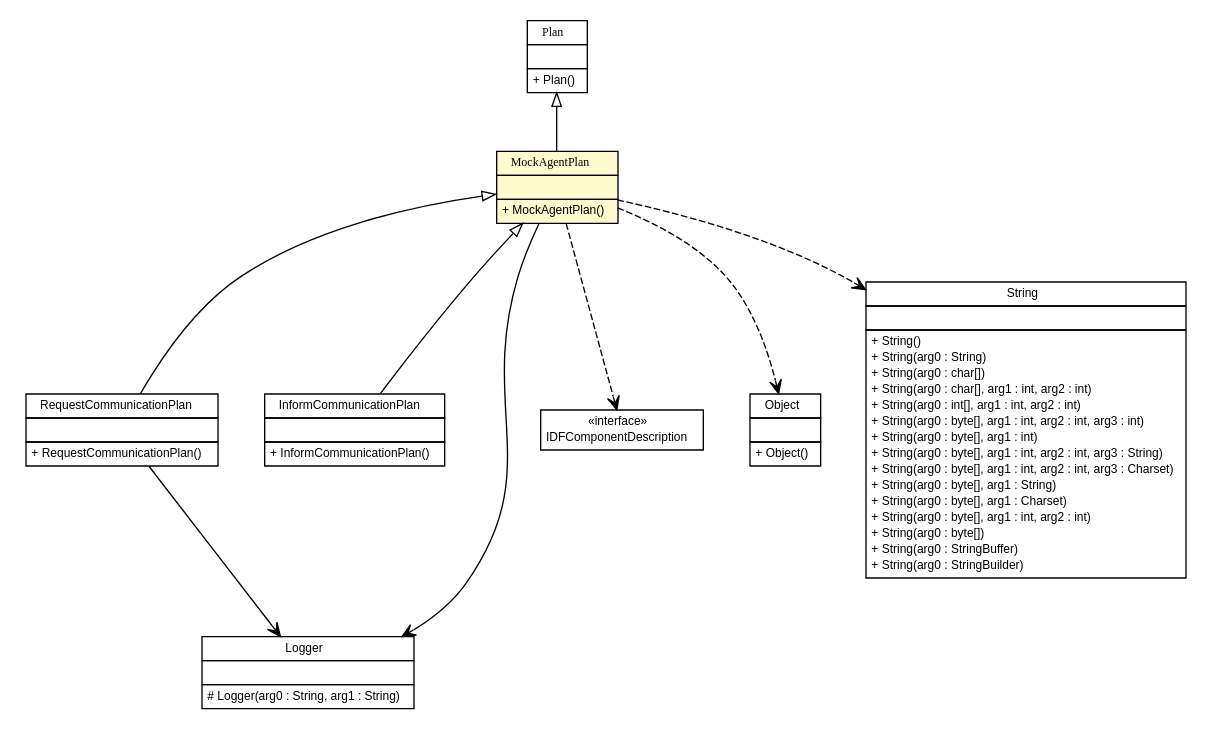
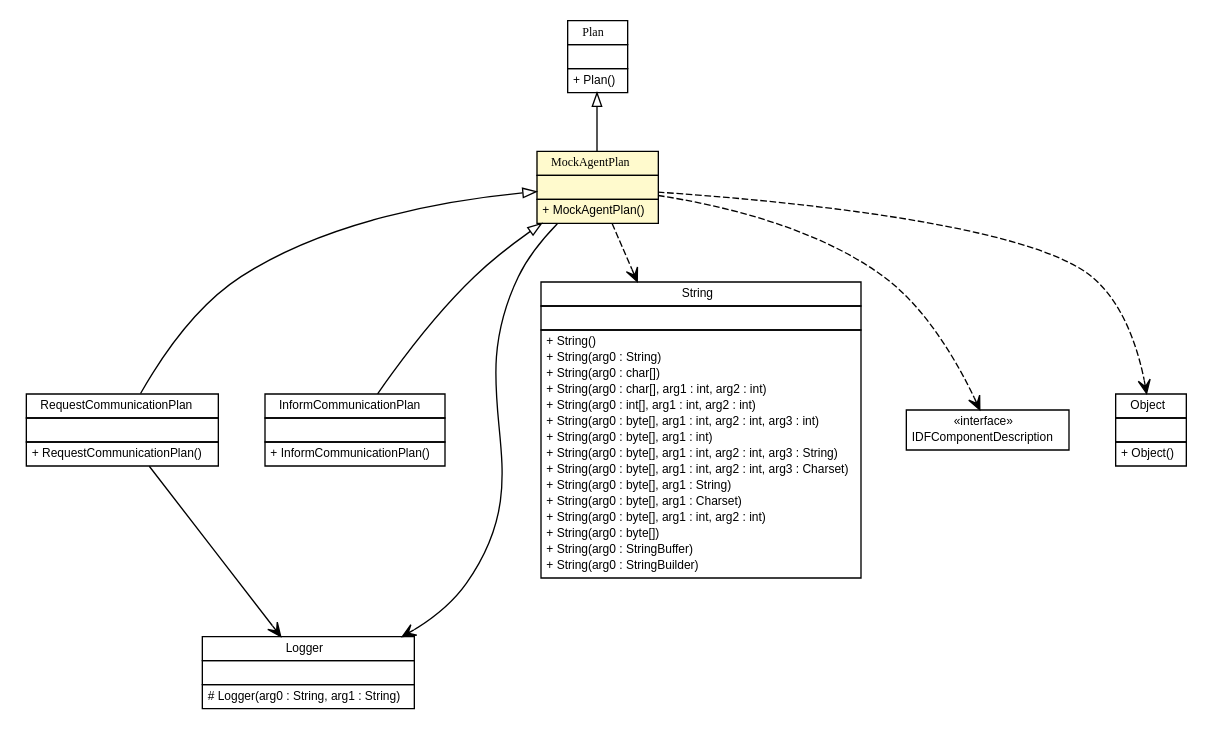
Before and after one commit to gsi-upm/BeastTool: the diagram in apidocs/es/upm/dit/gsi/beast/mock/jadex/common/MockAgentPlan.dot, drawn with Graphviz. The commit also changed 480 other files, not shown here.

```diff
--- a/apidocs/es/upm/dit/gsi/beast/mock/jadex/common/MockAgentPlan.dot
+++ b/apidocs/es/upm/dit/gsi/beast/mock/jadex/common/MockAgentPlan.dot
@@ -1,133 +1,133 @@
 #!/usr/local/bin/dot
 #
 # Class diagram 
 # Generated by UMLGraph version 5.1 (http://www.umlgraph.org/)
 #
 
 digraph G {
 	edge [fontname="arial",fontsize=10,labelfontname="arial",labelfontsize=10];
 	node [fontname="arial",fontsize=10,shape=plaintext];
 	nodesep=0.25;
 	ranksep=0.5;
 	// es.upm.dit.gsi.beast.mock.jadex.bridgeMock.RequestCommunicationPlan
-	c1261 [label=<<table title="es.upm.dit.gsi.beast.mock.jadex.bridgeMock.RequestCommunicationPlan" border="0" cellborder="1" cellspacing="0" cellpadding="2" port="p" href="../bridgeMock/RequestCommunicationPlan.html">
+	c1371 [label=<<table title="es.upm.dit.gsi.beast.mock.jadex.bridgeMock.RequestCommunicationPlan" border="0" cellborder="1" cellspacing="0" cellpadding="2" port="p" href="../bridgeMock/RequestCommunicationPlan.html">
 		<tr><td><table border="0" cellspacing="0" cellpadding="1">
 <tr><td align="center" balign="center"> RequestCommunicationPlan </td></tr>
 		</table></td></tr>
 		<tr><td><table border="0" cellspacing="0" cellpadding="1">
 <tr><td align="left" balign="left">  </td></tr>
 		</table></td></tr>
 		<tr><td><table border="0" cellspacing="0" cellpadding="1">
 <tr><td align="left" balign="left"> + RequestCommunicationPlan() </td></tr>
 		</table></td></tr>
 		</table>>, fontname="arial", fontcolor="black", fontsize=9.0];
 	// es.upm.dit.gsi.beast.mock.jadex.bridgeMock.InformCommunicationPlan
-	c1262 [label=<<table title="es.upm.dit.gsi.beast.mock.jadex.bridgeMock.InformCommunicationPlan" border="0" cellborder="1" cellspacing="0" cellpadding="2" port="p" href="../bridgeMock/InformCommunicationPlan.html">
+	c1372 [label=<<table title="es.upm.dit.gsi.beast.mock.jadex.bridgeMock.InformCommunicationPlan" border="0" cellborder="1" cellspacing="0" cellpadding="2" port="p" href="../bridgeMock/InformCommunicationPlan.html">
 		<tr><td><table border="0" cellspacing="0" cellpadding="1">
 <tr><td align="center" balign="center"> InformCommunicationPlan </td></tr>
 		</table></td></tr>
 		<tr><td><table border="0" cellspacing="0" cellpadding="1">
 <tr><td align="left" balign="left">  </td></tr>
 		</table></td></tr>
 		<tr><td><table border="0" cellspacing="0" cellpadding="1">
 <tr><td align="left" balign="left"> + InformCommunicationPlan() </td></tr>
 		</table></td></tr>
 		</table>>, fontname="arial", fontcolor="black", fontsize=9.0];
 	// es.upm.dit.gsi.beast.mock.jadex.common.MockAgentPlan
-	c1264 [label=<<table title="es.upm.dit.gsi.beast.mock.jadex.common.MockAgentPlan" border="0" cellborder="1" cellspacing="0" cellpadding="2" port="p" bgcolor="lemonChiffon" href="./MockAgentPlan.html">
+	c1374 [label=<<table title="es.upm.dit.gsi.beast.mock.jadex.common.MockAgentPlan" border="0" cellborder="1" cellspacing="0" cellpadding="2" port="p" bgcolor="lemonChiffon" href="./MockAgentPlan.html">
 		<tr><td><table border="0" cellspacing="0" cellpadding="1">
 <tr><td align="center" balign="center"><font face="ariali"> MockAgentPlan </font></td></tr>
 		</table></td></tr>
 		<tr><td><table border="0" cellspacing="0" cellpadding="1">
 <tr><td align="left" balign="left">  </td></tr>
 		</table></td></tr>
 		<tr><td><table border="0" cellspacing="0" cellpadding="1">
 <tr><td align="left" balign="left"> + MockAgentPlan() </td></tr>
 		</table></td></tr>
 		</table>>, fontname="arial", fontcolor="black", fontsize=9.0];
 	//es.upm.dit.gsi.beast.mock.jadex.bridgeMock.RequestCommunicationPlan extends es.upm.dit.gsi.beast.mock.jadex.common.MockAgentPlan
-	c1264:p -> c1261:p [dir=back,arrowtail=empty];
+	c1374:p -> c1371:p [dir=back,arrowtail=empty];
 	//es.upm.dit.gsi.beast.mock.jadex.bridgeMock.InformCommunicationPlan extends es.upm.dit.gsi.beast.mock.jadex.common.MockAgentPlan
-	c1264:p -> c1262:p [dir=back,arrowtail=empty];
+	c1374:p -> c1372:p [dir=back,arrowtail=empty];
 	//es.upm.dit.gsi.beast.mock.jadex.common.MockAgentPlan extends jadex.bdi.runtime.Plan
-	c1290:p -> c1264:p [dir=back,arrowtail=empty];
+	c1400:p -> c1374:p [dir=back,arrowtail=empty];
 	// es.upm.dit.gsi.beast.mock.jadex.bridgeMock.RequestCommunicationPlan NAVASSOC java.util.logging.Logger
-	c1261:p -> c1291:p [taillabel="", label="", headlabel="", fontname="arial", fontcolor="black", fontsize=10.0, color="black", arrowhead=open];
+	c1371:p -> c1401:p [taillabel="", label="", headlabel="", fontname="arial", fontcolor="black", fontsize=10.0, color="black", arrowhead=open];
 	// es.upm.dit.gsi.beast.mock.jadex.common.MockAgentPlan NAVASSOC java.util.logging.Logger
-	c1264:p -> c1291:p [taillabel="", label="", headlabel="", fontname="arial", fontcolor="black", fontsize=10.0, color="black", arrowhead=open];
+	c1374:p -> c1401:p [taillabel="", label="", headlabel="", fontname="arial", fontcolor="black", fontsize=10.0, color="black", arrowhead=open];
+	// es.upm.dit.gsi.beast.mock.jadex.common.MockAgentPlan DEPEND java.lang.String
+	c1374:p -> c1402:p [taillabel="", label="", headlabel="", fontname="arial", fontcolor="black", fontsize=10.0, color="black", arrowhead=open, style=dashed];
 	// es.upm.dit.gsi.beast.mock.jadex.common.MockAgentPlan DEPEND jadex.base.fipa.IDFComponentDescription
-	c1264:p -> c1292:p [taillabel="", label="", headlabel="", fontname="arial", fontcolor="black", fontsize=10.0, color="black", arrowhead=open, style=dashed];
+	c1374:p -> c1403:p [taillabel="", label="", headlabel="", fontname="arial", fontcolor="black", fontsize=10.0, color="black", arrowhead=open, style=dashed];
 	// es.upm.dit.gsi.beast.mock.jadex.common.MockAgentPlan DEPEND java.lang.Object
-	c1264:p -> c1293:p [taillabel="", label="", headlabel="", fontname="arial", fontcolor="black", fontsize=10.0, color="black", arrowhead=open, style=dashed];
-	// es.upm.dit.gsi.beast.mock.jadex.common.MockAgentPlan DEPEND java.lang.String
-	c1264:p -> c1294:p [taillabel="", label="", headlabel="", fontname="arial", fontcolor="black", fontsize=10.0, color="black", arrowhead=open, style=dashed];
+	c1374:p -> c1404:p [taillabel="", label="", headlabel="", fontname="arial", fontcolor="black", fontsize=10.0, color="black", arrowhead=open, style=dashed];
 	// java.lang.Object
-	c1293 [label=<<table title="java.lang.Object" border="0" cellborder="1" cellspacing="0" cellpadding="2" port="p" href="http://java.sun.com/j2se/1.4.2/docs/api/java/lang/Object.html">
+	c1404 [label=<<table title="java.lang.Object" border="0" cellborder="1" cellspacing="0" cellpadding="2" port="p" href="http://java.sun.com/j2se/1.4.2/docs/api/java/lang/Object.html">
 		<tr><td><table border="0" cellspacing="0" cellpadding="1">
 <tr><td align="center" balign="center"> Object </td></tr>
 		</table></td></tr>
 		<tr><td><table border="0" cellspacing="0" cellpadding="1">
 <tr><td align="left" balign="left">  </td></tr>
 		</table></td></tr>
 		<tr><td><table border="0" cellspacing="0" cellpadding="1">
 <tr><td align="left" balign="left"> + Object() </td></tr>
 		</table></td></tr>
 		</table>>, fontname="arial", fontcolor="black", fontsize=9.0];
 	// jadex.base.fipa.IDFComponentDescription
-	c1292 [label=<<table title="jadex.base.fipa.IDFComponentDescription" border="0" cellborder="1" cellspacing="0" cellpadding="2" port="p" href="http://java.sun.com/j2se/1.4.2/docs/api/jadex/base/fipa/IDFComponentDescription.html">
+	c1403 [label=<<table title="jadex.base.fipa.IDFComponentDescription" border="0" cellborder="1" cellspacing="0" cellpadding="2" port="p" href="http://java.sun.com/j2se/1.4.2/docs/api/jadex/base/fipa/IDFComponentDescription.html">
 		<tr><td><table border="0" cellspacing="0" cellpadding="1">
 <tr><td align="center" balign="center"> &#171;interface&#187; </td></tr>
 <tr><td align="center" balign="center"> IDFComponentDescription </td></tr>
 		</table></td></tr>
 		</table>>, fontname="arial", fontcolor="black", fontsize=9.0];
 	// java.lang.String
-	c1294 [label=<<table title="java.lang.String" border="0" cellborder="1" cellspacing="0" cellpadding="2" port="p" href="http://java.sun.com/j2se/1.4.2/docs/api/java/lang/String.html">
+	c1402 [label=<<table title="java.lang.String" border="0" cellborder="1" cellspacing="0" cellpadding="2" port="p" href="http://java.sun.com/j2se/1.4.2/docs/api/java/lang/String.html">
 		<tr><td><table border="0" cellspacing="0" cellpadding="1">
 <tr><td align="center" balign="center"> String </td></tr>
 		</table></td></tr>
 		<tr><td><table border="0" cellspacing="0" cellpadding="1">
 <tr><td align="left" balign="left">  </td></tr>
 		</table></td></tr>
 		<tr><td><table border="0" cellspacing="0" cellpadding="1">
 <tr><td align="left" balign="left"> + String() </td></tr>
 <tr><td align="left" balign="left"> + String(arg0 : String) </td></tr>
 <tr><td align="left" balign="left"> + String(arg0 : char[]) </td></tr>
 <tr><td align="left" balign="left"> + String(arg0 : char[], arg1 : int, arg2 : int) </td></tr>
 <tr><td align="left" balign="left"> + String(arg0 : int[], arg1 : int, arg2 : int) </td></tr>
 <tr><td align="left" balign="left"> + String(arg0 : byte[], arg1 : int, arg2 : int, arg3 : int) </td></tr>
 <tr><td align="left" balign="left"> + String(arg0 : byte[], arg1 : int) </td></tr>
 <tr><td align="left" balign="left"> + String(arg0 : byte[], arg1 : int, arg2 : int, arg3 : String) </td></tr>
 <tr><td align="left" balign="left"> + String(arg0 : byte[], arg1 : int, arg2 : int, arg3 : Charset) </td></tr>
 <tr><td align="left" balign="left"> + String(arg0 : byte[], arg1 : String) </td></tr>
 <tr><td align="left" balign="left"> + String(arg0 : byte[], arg1 : Charset) </td></tr>
 <tr><td align="left" balign="left"> + String(arg0 : byte[], arg1 : int, arg2 : int) </td></tr>
 <tr><td align="left" balign="left"> + String(arg0 : byte[]) </td></tr>
 <tr><td align="left" balign="left"> + String(arg0 : StringBuffer) </td></tr>
 <tr><td align="left" balign="left"> + String(arg0 : StringBuilder) </td></tr>
 		</table></td></tr>
 		</table>>, fontname="arial", fontcolor="black", fontsize=9.0];
 	// java.util.logging.Logger
-	c1291 [label=<<table title="java.util.logging.Logger" border="0" cellborder="1" cellspacing="0" cellpadding="2" port="p" href="http://java.sun.com/j2se/1.4.2/docs/api/java/util/logging/Logger.html">
+	c1401 [label=<<table title="java.util.logging.Logger" border="0" cellborder="1" cellspacing="0" cellpadding="2" port="p" href="http://java.sun.com/j2se/1.4.2/docs/api/java/util/logging/Logger.html">
 		<tr><td><table border="0" cellspacing="0" cellpadding="1">
 <tr><td align="center" balign="center"> Logger </td></tr>
 		</table></td></tr>
 		<tr><td><table border="0" cellspacing="0" cellpadding="1">
 <tr><td align="left" balign="left">  </td></tr>
 		</table></td></tr>
 		<tr><td><table border="0" cellspacing="0" cellpadding="1">
 <tr><td align="left" balign="left"> # Logger(arg0 : String, arg1 : String) </td></tr>
 		</table></td></tr>
 		</table>>, fontname="arial", fontcolor="black", fontsize=9.0];
 	// jadex.bdi.runtime.Plan
-	c1290 [label=<<table title="jadex.bdi.runtime.Plan" border="0" cellborder="1" cellspacing="0" cellpadding="2" port="p" href="http://java.sun.com/j2se/1.4.2/docs/api/jadex/bdi/runtime/Plan.html">
+	c1400 [label=<<table title="jadex.bdi.runtime.Plan" border="0" cellborder="1" cellspacing="0" cellpadding="2" port="p" href="http://java.sun.com/j2se/1.4.2/docs/api/jadex/bdi/runtime/Plan.html">
 		<tr><td><table border="0" cellspacing="0" cellpadding="1">
 <tr><td align="center" balign="center"><font face="ariali"> Plan </font></td></tr>
 		</table></td></tr>
 		<tr><td><table border="0" cellspacing="0" cellpadding="1">
 <tr><td align="left" balign="left">  </td></tr>
 		</table></td></tr>
 		<tr><td><table border="0" cellspacing="0" cellpadding="1">
 <tr><td align="left" balign="left"> + Plan() </td></tr>
 		</table></td></tr>
 		</table>>, fontname="arial", fontcolor="black", fontsize=9.0];
 }
```
